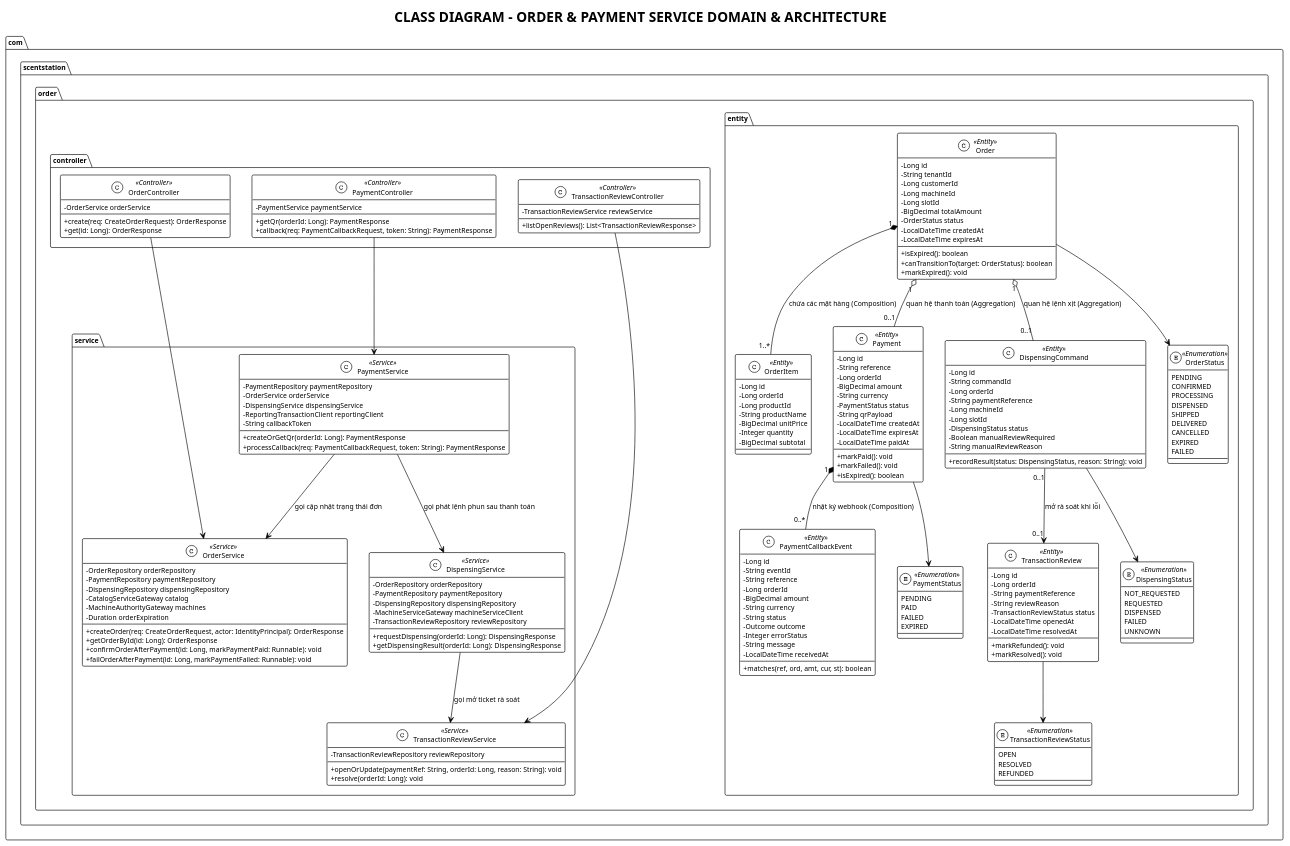
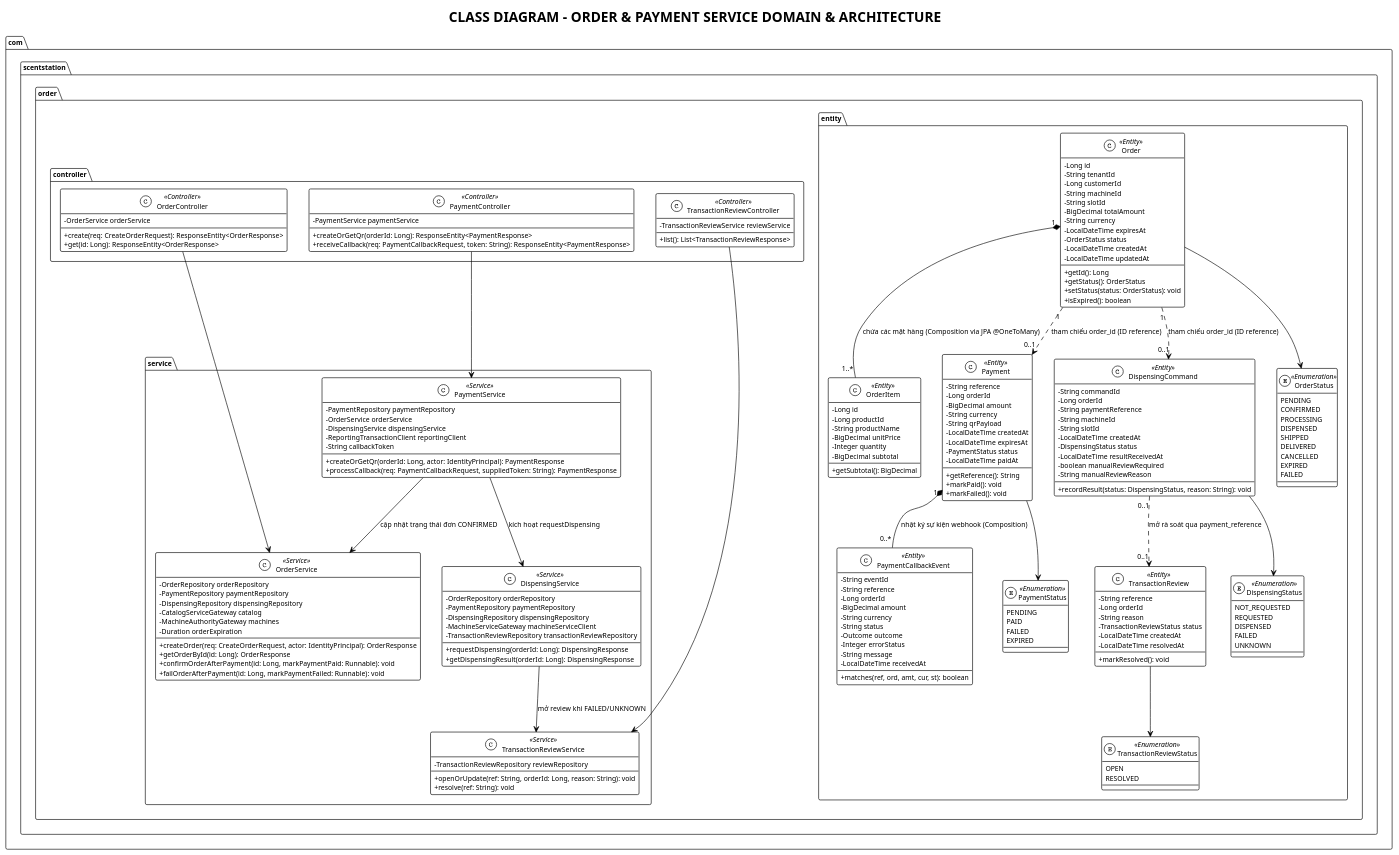
The diagram in architecture/order-service/class-diagram.puml (phuoc523/reportDevelopingOOPsoftware), drawn with PlantUML before and after one commit. The commit also changed 13 other files, not shown here.

Commit message:
update architecture

```diff
--- a/architecture/order-service/class-diagram.puml
+++ b/architecture/order-service/class-diagram.puml
@@ -11,45 +11,46 @@
         - Long id
         - String tenantId
         - Long customerId
-        - Long machineId
-        - Long slotId
+        - String machineId
+        - String slotId
         - BigDecimal totalAmount
+        - String currency
+        - LocalDateTime expiresAt
         - OrderStatus status
         - LocalDateTime createdAt
-        - LocalDateTime expiresAt
+        - LocalDateTime updatedAt
+        + getId(): Long
+        + getStatus(): OrderStatus
+        + setStatus(status: OrderStatus): void
         + isExpired(): boolean
-        + canTransitionTo(target: OrderStatus): boolean
-        + markExpired(): void
     }
 
     class OrderItem <<Entity>> {
         - Long id
-        - Long orderId
         - Long productId
         - String productName
         - BigDecimal unitPrice
         - Integer quantity
         - BigDecimal subtotal
+        + getSubtotal(): BigDecimal
     }
 
     class Payment <<Entity>> {
-        - Long id
         - String reference
         - Long orderId
         - BigDecimal amount
         - String currency
-        - PaymentStatus status
         - String qrPayload
         - LocalDateTime createdAt
         - LocalDateTime expiresAt
+        - PaymentStatus status
         - LocalDateTime paidAt
+        + getReference(): String
         + markPaid(): void
         + markFailed(): void
-        + isExpired(): boolean
     }
 
     class PaymentCallbackEvent <<Entity>> {
-        - Long id
         - String eventId
         - String reference
         - Long orderId
@@ -64,27 +65,26 @@
     }
 
     class DispensingCommand <<Entity>> {
-        - Long id
         - String commandId
         - Long orderId
         - String paymentReference
-        - Long machineId
-        - Long slotId
+        - String machineId
+        - String slotId
+        - LocalDateTime createdAt
         - DispensingStatus status
-        - Boolean manualReviewRequired
+        - LocalDateTime resultReceivedAt
+        - boolean manualReviewRequired
         - String manualReviewReason
         + recordResult(status: DispensingStatus, reason: String): void
     }
 
     class TransactionReview <<Entity>> {
-        - Long id
+        - String reference
         - Long orderId
-        - String paymentReference
-        - String reviewReason
+        - String reason
         - TransactionReviewStatus status
-        - LocalDateTime openedAt
+        - LocalDateTime createdAt
         - LocalDateTime resolvedAt
-        + markRefunded(): void
         + markResolved(): void
     }
 
@@ -118,7 +118,6 @@
     enum TransactionReviewStatus <<Enumeration>> {
         OPEN
         RESOLVED
-        REFUNDED
     }
 }
 
@@ -142,8 +141,8 @@
         - DispensingService dispensingService
         - ReportingTransactionClient reportingClient
         - String callbackToken
-        + createOrGetQr(orderId: Long): PaymentResponse
-        + processCallback(req: PaymentCallbackRequest, token: String): PaymentResponse
+        + createOrGetQr(orderId: Long, actor: IdentityPrincipal): PaymentResponse
+        + processCallback(req: PaymentCallbackRequest, suppliedToken: String): PaymentResponse
     }
 
     class DispensingService <<Service>> {
@@ -151,43 +150,43 @@
         - PaymentRepository paymentRepository
         - DispensingRepository dispensingRepository
         - MachineServiceGateway machineServiceClient
-        - TransactionReviewRepository reviewRepository
+        - TransactionReviewRepository transactionReviewRepository
         + requestDispensing(orderId: Long): DispensingResponse
         + getDispensingResult(orderId: Long): DispensingResponse
     }
 
     class TransactionReviewService <<Service>> {
         - TransactionReviewRepository reviewRepository
-        + openOrUpdate(paymentRef: String, orderId: Long, reason: String): void
-        + resolve(orderId: Long): void
+        + openOrUpdate(ref: String, orderId: Long, reason: String): void
+        + resolve(ref: String): void
     }
 }
 
 package "com.scentstation.order.controller" {
     class OrderController <<Controller>> {
         - OrderService orderService
-        + create(req: CreateOrderRequest): OrderResponse
-        + get(id: Long): OrderResponse
+        + create(req: CreateOrderRequest): ResponseEntity<OrderResponse>
+        + get(id: Long): ResponseEntity<OrderResponse>
     }
 
     class PaymentController <<Controller>> {
         - PaymentService paymentService
-        + getQr(orderId: Long): PaymentResponse
-        + callback(req: PaymentCallbackRequest, token: String): PaymentResponse
+        + createOrGetQr(orderId: Long): ResponseEntity<PaymentResponse>
+        + receiveCallback(req: PaymentCallbackRequest, token: String): ResponseEntity<PaymentResponse>
     }
 
     class TransactionReviewController <<Controller>> {
         - TransactionReviewService reviewService
-        + listOpenReviews(): List<TransactionReviewResponse>
+        + list(): List<TransactionReviewResponse>
     }
 }
 
 ' ================= QUAN HỆ UML VÀ BẢN SỐ =================
-Order "1" *-- "1..*" OrderItem : "chứa các mặt hàng (Composition)"
-Order "1" o-- "0..1" Payment : "quan hệ thanh toán (Aggregation)"
-Order "1" o-- "0..1" DispensingCommand : "quan hệ lệnh xịt (Aggregation)"
-Payment "1" *-- "0..*" PaymentCallbackEvent : "nhật ký webhook (Composition)"
-DispensingCommand "0..1" --> "0..1" TransactionReview : "mở rà soát khi lỗi"
+Order "1" *-- "1..*" OrderItem : "chứa các mặt hàng (Composition via JPA @OneToMany)"
+Order "1" ..> "0..1" Payment : "tham chiếu order_id (ID reference)"
+Order "1" ..> "0..1" DispensingCommand : "tham chiếu order_id (ID reference)"
+Payment "1" *-- "0..*" PaymentCallbackEvent : "nhật ký sự kiện webhook (Composition)"
+DispensingCommand "0..1" ..> "0..1" TransactionReview : "mở rà soát qua payment_reference"
 
 Order --> OrderStatus
 Payment --> PaymentStatus
@@ -198,8 +197,8 @@
 PaymentController --> PaymentService
 TransactionReviewController --> TransactionReviewService
 
-PaymentService --> OrderService : "gọi cập nhật trạng thái đơn"
-PaymentService --> DispensingService : "gọi phát lệnh phun sau thanh toán"
-DispensingService --> TransactionReviewService : "gọi mở ticket rà soát"
+PaymentService --> OrderService : "cập nhật trạng thái đơn CONFIRMED"
+PaymentService --> DispensingService : "kích hoạt requestDispensing"
+DispensingService --> TransactionReviewService : "mở review khi FAILED/UNKNOWN"
 
 @enduml
```
